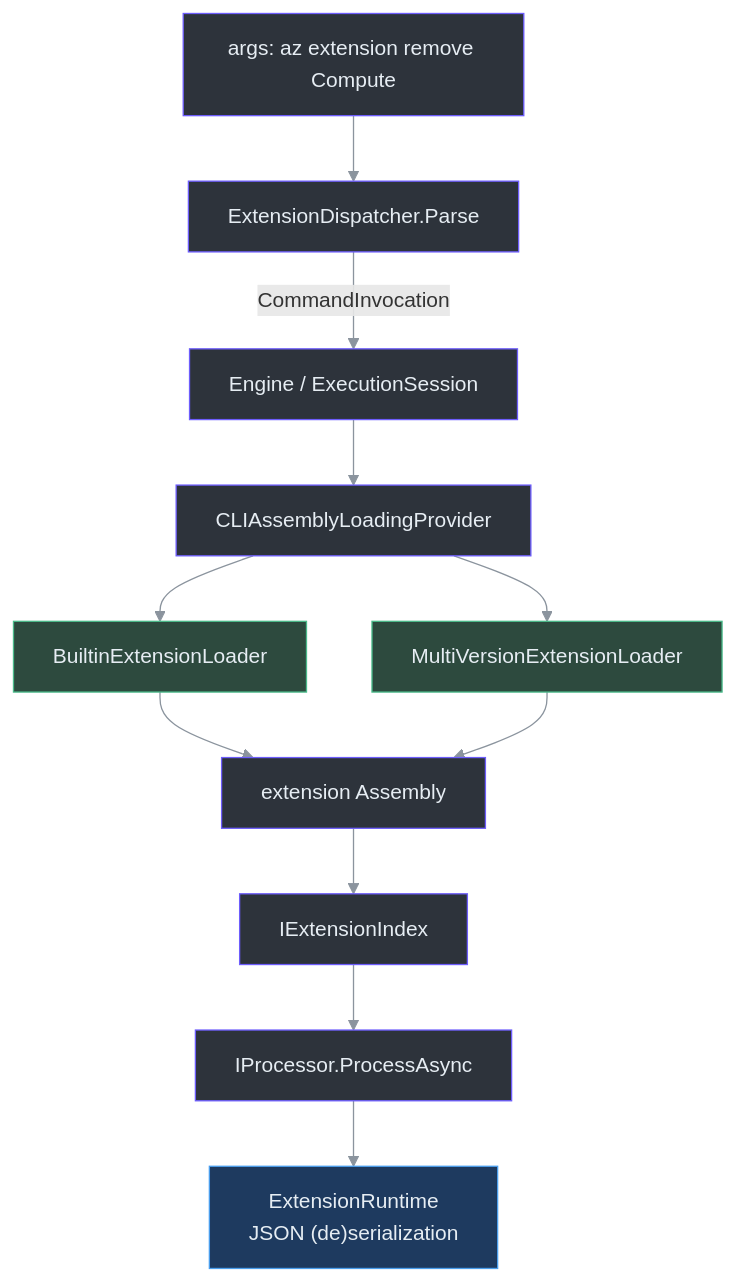
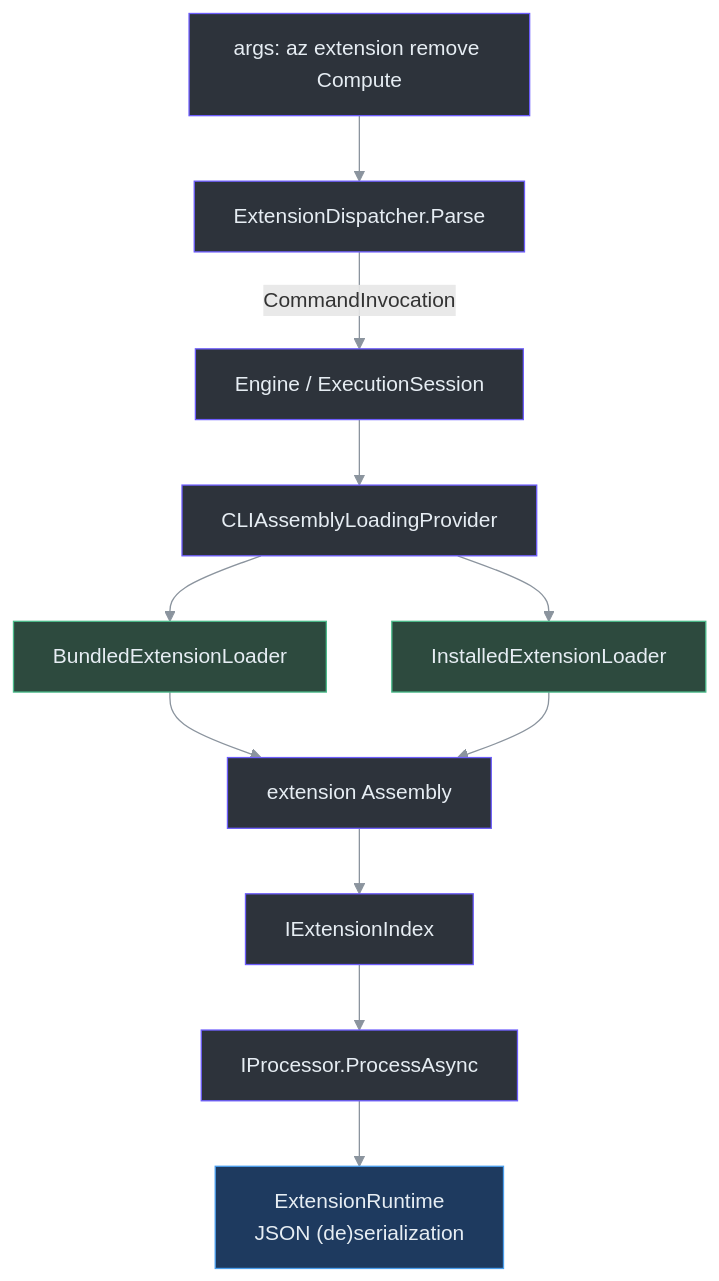
Before and after one commit to Azure/azclips: the first of 3 diagrams in wiki/02-deep-dive/extension-system.md, drawn with Mermaid. The commit also changed other lines of this file and 21 other files, not shown here.

````diff
--- a/wiki/02-deep-dive/extension-system.md
+++ b/wiki/02-deep-dive/extension-system.md
@@ -30,25 +30,25 @@
 ```mermaid
 graph TD
     ARGS["args: az extension remove Compute"] --> DISP["ExtensionDispatcher.Parse"]
     DISP -->|"CommandInvocation"| ENG["Engine / ExecutionSession"]
     ENG --> ALP["CLIAssemblyLoadingProvider"]
-    ALP --> L1["BuiltinExtensionLoader"]
-    ALP --> L2["MultiVersionExtensionLoader"]
+    ALP --> L1["BundledExtensionLoader"]
+    ALP --> L2["InstalledExtensionLoader"]
     L1 --> ASM["extension Assembly"]
     L2 --> ASM
     ASM --> IDX["IExtensionIndex"]
     IDX --> PROC["IProcessor.ProcessAsync"]
     PROC --> RT["ExtensionRuntime<br>JSON (de)serialization"]
 
     style ARGS fill:#2d333b,stroke:#6d5dfc,color:#e6edf3
     style DISP fill:#2d333b,stroke:#6d5dfc,color:#e6edf3
     style ENG fill:#2d333b,stroke:#6d5dfc,color:#e6edf3
     style ALP fill:#2d333b,stroke:#6d5dfc,color:#e6edf3
     style L1 fill:#2d4a3e,stroke:#4aba8a,color:#e6edf3
     style L2 fill:#2d4a3e,stroke:#4aba8a,color:#e6edf3
     style ASM fill:#2d333b,stroke:#6d5dfc,color:#e6edf3
     style IDX fill:#2d333b,stroke:#6d5dfc,color:#e6edf3
     style PROC fill:#2d333b,stroke:#6d5dfc,color:#e6edf3
     style RT fill:#1e3a5f,stroke:#4a9eed,color:#e6edf3
     linkStyle default stroke:#8b949e
 ```
````
